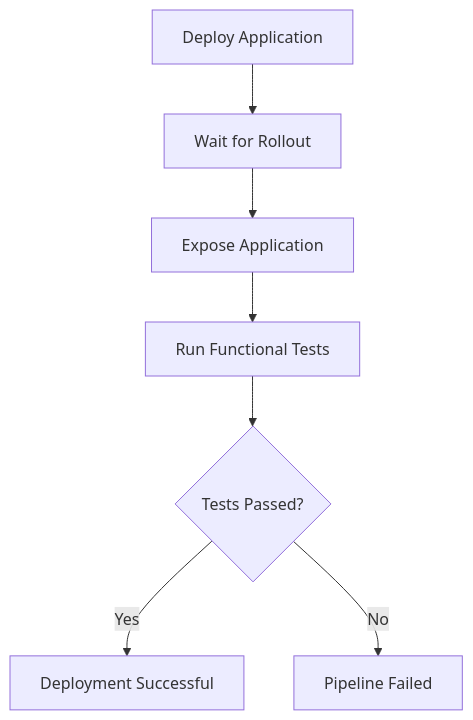
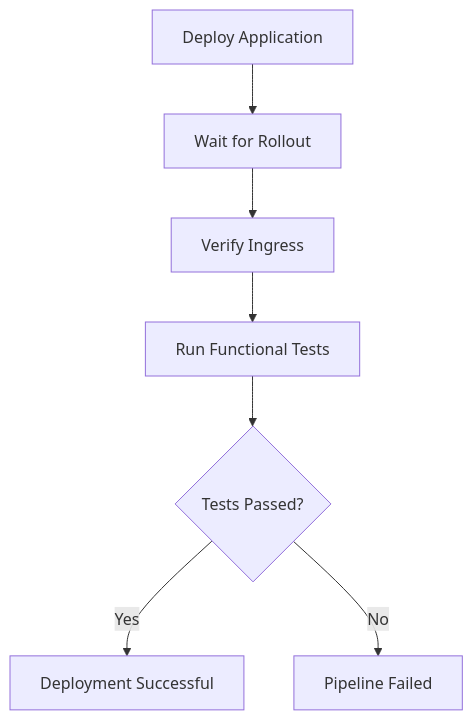
Before and after one commit to ssavaniya/gke-wif-deployment: the diagram in docs/13-functional-testing.md, drawn with Mermaid. The commit also changed other lines of this file and 21 other files, not shown here.

````diff
--- a/docs/13-functional-testing.md
+++ b/docs/13-functional-testing.md
@@ -29,17 +31,17 @@
 ```mermaid
 flowchart TD
 
 A[Deploy Application]
 
 A --> B[Wait for Rollout]
 
-B --> C[Expose Application]
+B --> C[Verify Ingress]
 
 C --> D[Run Functional Tests]
 
 D --> E{Tests Passed?}
 
 E -->|Yes| F[Deployment Successful]
 
 E -->|No| G[Pipeline Failed]
 ```
````
